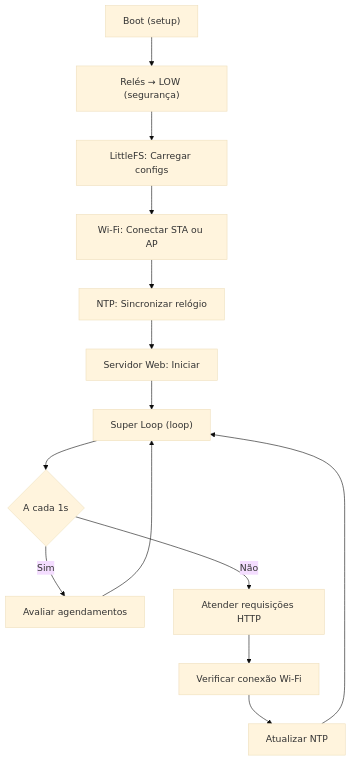
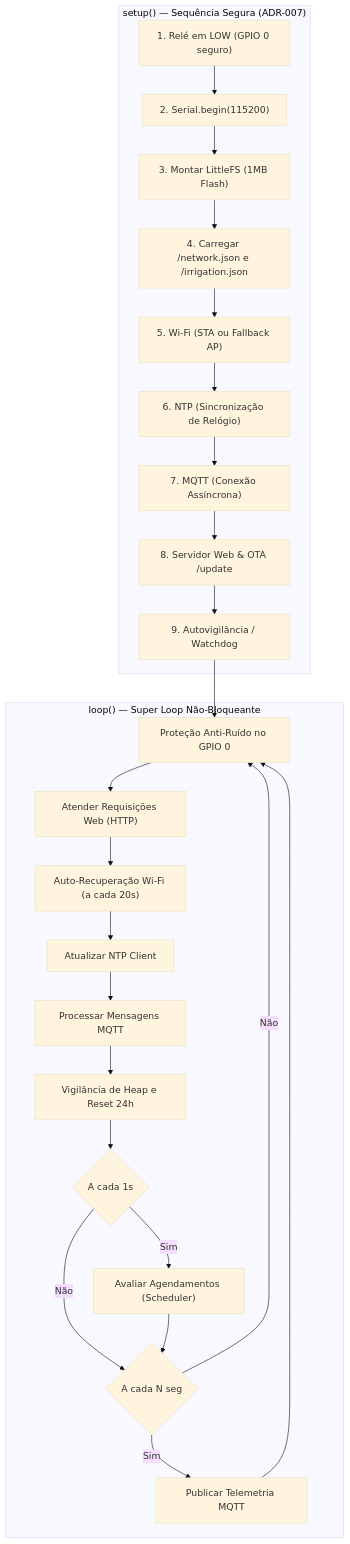
Before and after one commit to profRonaldoIFPI/IrrigaSolo_ESP01s: the diagram in README.md, drawn with Mermaid (base theme). The commit also changed other lines of this file and 6 other files, not shown here.

````diff
--- a/README.md
+++ b/README.md
@@ -44,16 +54,29 @@
 ```mermaid
 flowchart TD
-    A["Boot (setup)"] --> B["Relés → LOW (segurança)"]
-    B --> C["LittleFS: Carregar configs"]
-    C --> D["Wi-Fi: Conectar STA ou AP"]
-    D --> E["NTP: Sincronizar relógio"]
-    E --> F["Servidor Web: Iniciar"]
-    F --> G["Super Loop (loop)"]
-    G --> H{"A cada 1s"}
-    H -->|Sim| I["Avaliar agendamentos"]
-    H -->|Não| J["Atender requisições HTTP"]
-    J --> K["Verificar conexão Wi-Fi"]
-    K --> L["Atualizar NTP"]
-    L --> G
-    I --> G
+    subgraph Inicialização ["setup() — Sequência Segura (ADR-007)"]
+        A["1. Relé em LOW (GPIO 0 seguro)"] --> B["2. Serial.begin(115200)"]
+        B --> C["3. Montar LittleFS (1MB Flash)"]
+        C --> D["4. Carregar /network.json e /irrigation.json"]
+        D --> E["5. Wi-Fi (STA ou Fallback AP)"]
+        E --> F["6. NTP (Sincronização de Relógio)"]
+        F --> G["7. MQTT (Conexão Assíncrona)"]
+        G --> H["8. Servidor Web & OTA /update"]
+        H --> I["9. Autovigilância / Watchdog"]
+    end
+
+    subgraph SuperLoop ["loop() — Super Loop Não-Bloqueante"]
+        I --> J["Proteção Anti-Ruído no GPIO 0"]
+        J --> K["Atender Requisições Web (HTTP)"]
+        K --> L["Auto-Recuperação Wi-Fi (a cada 20s)"]
+        L --> M["Atualizar NTP Client"]
+        M --> N["Processar Mensagens MQTT"]
+        N --> O["Vigilância de Heap e Reset 24h"]
+        O --> P{"A cada 1s"}
+        P -->|Sim| Q["Avaliar Agendamentos (Scheduler)"]
+        P -->|Não| R{"A cada N seg"}
+        Q --> R
+        R -->|Sim| S["Publicar Telemetria MQTT"]
+        R -->|Não| J
+        S --> J
+    end
 ```
````
